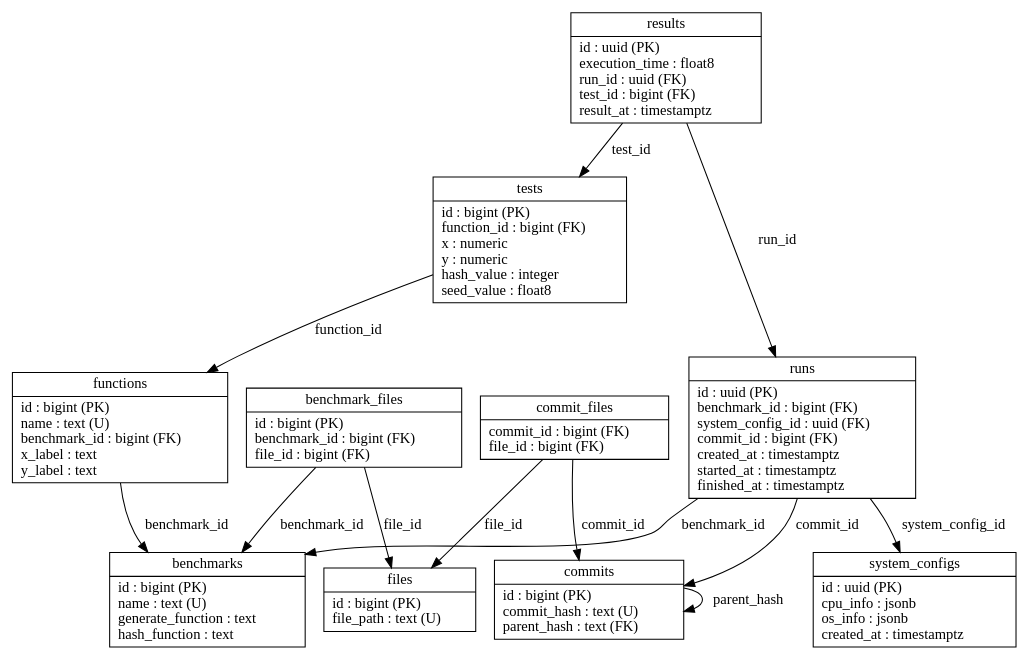
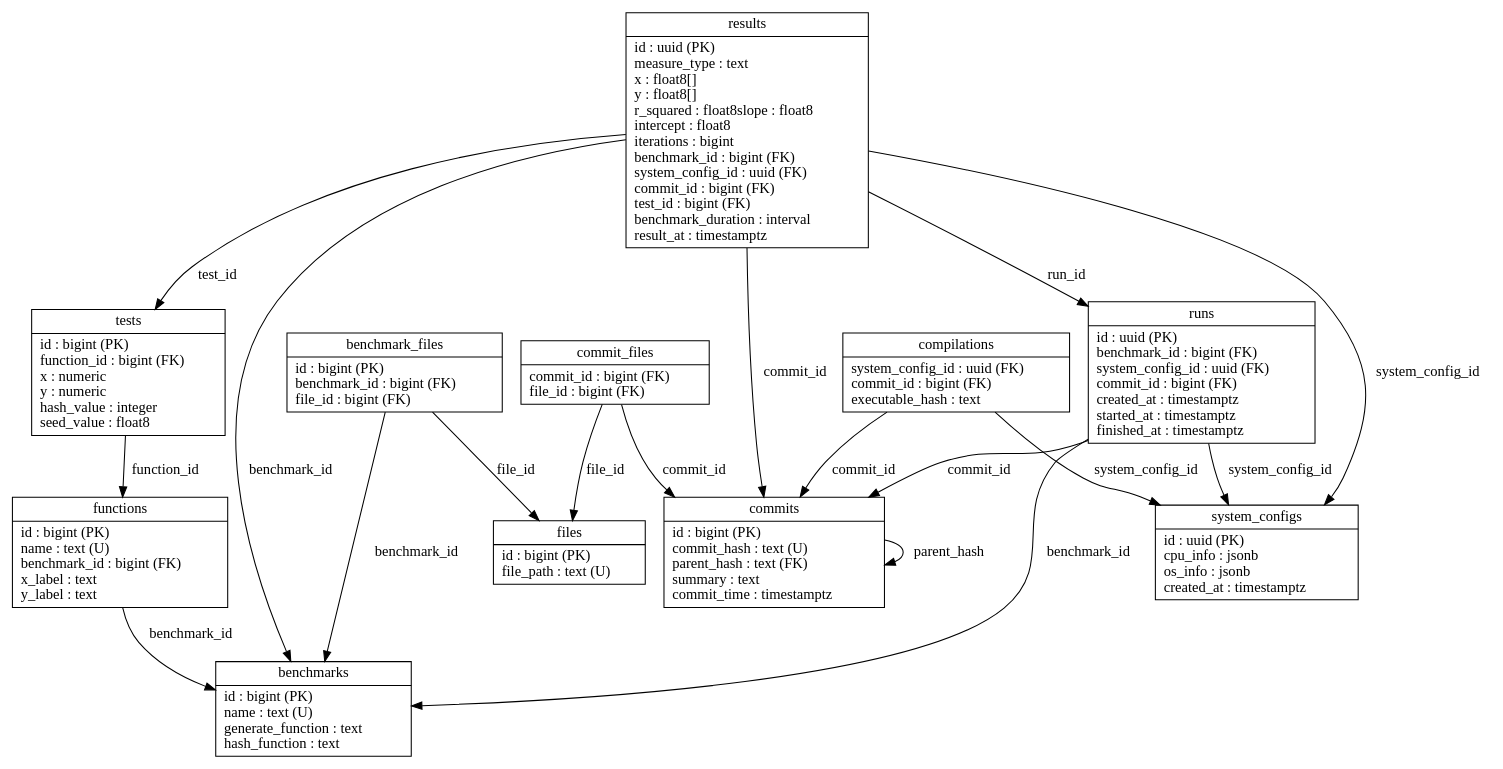
The diagram in docs/data-model.dot (joelonsql/pg-catbench), drawn with Graphviz before and after one commit. The commit also changed 1 other file, not shown here.

```diff
--- a/docs/data-model.dot
+++ b/docs/data-model.dot
@@ -1,28 +1,34 @@
 digraph pg_catbench {
     node [shape=record];
 
     benchmarks [label="{benchmarks|id : bigint (PK)\lname : text (U)\lgenerate_function : text\lhash_function : text\l}"];
     benchmark_files [label="{benchmark_files|id : bigint (PK)\lbenchmark_id : bigint (FK)\lfile_id : bigint (FK)\l}"];
     functions [label="{functions|id : bigint (PK)\lname : text (U)\lbenchmark_id : bigint (FK)\lx_label : text\ly_label : text\l}"];
     system_configs [label="{system_configs|id : uuid (PK)\lcpu_info : jsonb\los_info : jsonb\lcreated_at : timestamptz\l}"];
-    results [label="{results|id : uuid (PK)\lexecution_time : float8\lrun_id : uuid (FK)\ltest_id : bigint (FK)\lresult_at : timestamptz\l}"];
+    results [label="{results|id : uuid (PK)\lmeasure_type : text\lx : float8[]\ly : float8[]\lr_squared : float8\slope : float8\lintercept : float8\literations : bigint\lbenchmark_id : bigint (FK)\lsystem_config_id : uuid (FK)\lcommit_id : bigint (FK)\ltest_id : bigint (FK)\lbenchmark_duration : interval\lresult_at : timestamptz\l}"];
     runs [label="{runs|id : uuid (PK)\lbenchmark_id : bigint (FK)\lsystem_config_id : uuid (FK)\lcommit_id : bigint (FK)\lcreated_at : timestamptz\lstarted_at : timestamptz\lfinished_at : timestamptz\l}"];
     tests [label="{tests|id : bigint (PK)\lfunction_id : bigint (FK)\lx : numeric\ly : numeric\lhash_value : integer\lseed_value : float8\l}"];
-    commits [label="{commits|id : bigint (PK)\lcommit_hash : text (U)\lparent_hash : text (FK)\l}"];
+    commits [label="{commits|id : bigint (PK)\lcommit_hash : text (U)\lparent_hash : text (FK)\lsummary : text\lcommit_time : timestamptz\l}"];
     files [label="{files|id : bigint (PK)\lfile_path : text (U)\l}"];
     commit_files [label="{commit_files|commit_id : bigint (FK)\lfile_id : bigint (FK)\l}"];
+    compilations [label="{compilations|system_config_id : uuid (FK)\lcommit_id : bigint (FK)\lexecutable_hash : text\l}"];
 
     // Relationships
     benchmark_files -> benchmarks [label="benchmark_id"];
     benchmark_files -> files [label="file_id"];
     functions -> benchmarks [label="benchmark_id"];
     results -> runs [label="run_id"];
     results -> tests [label="test_id"];
+    results -> benchmarks [label="benchmark_id"];
+    results -> system_configs [label="system_config_id"];
+    results -> commits [label="commit_id"];
     runs -> benchmarks [label="benchmark_id"];
     runs -> system_configs [label="system_config_id"];
     runs -> commits [label="commit_id"];
     tests -> functions [label="function_id"];
     commit_files -> commits [label="commit_id"];
     commit_files -> files [label="file_id"];
     commits -> commits [label="parent_hash"];
+    compilations -> system_configs [label="system_config_id"];
+    compilations -> commits [label="commit_id"];
 }
```
